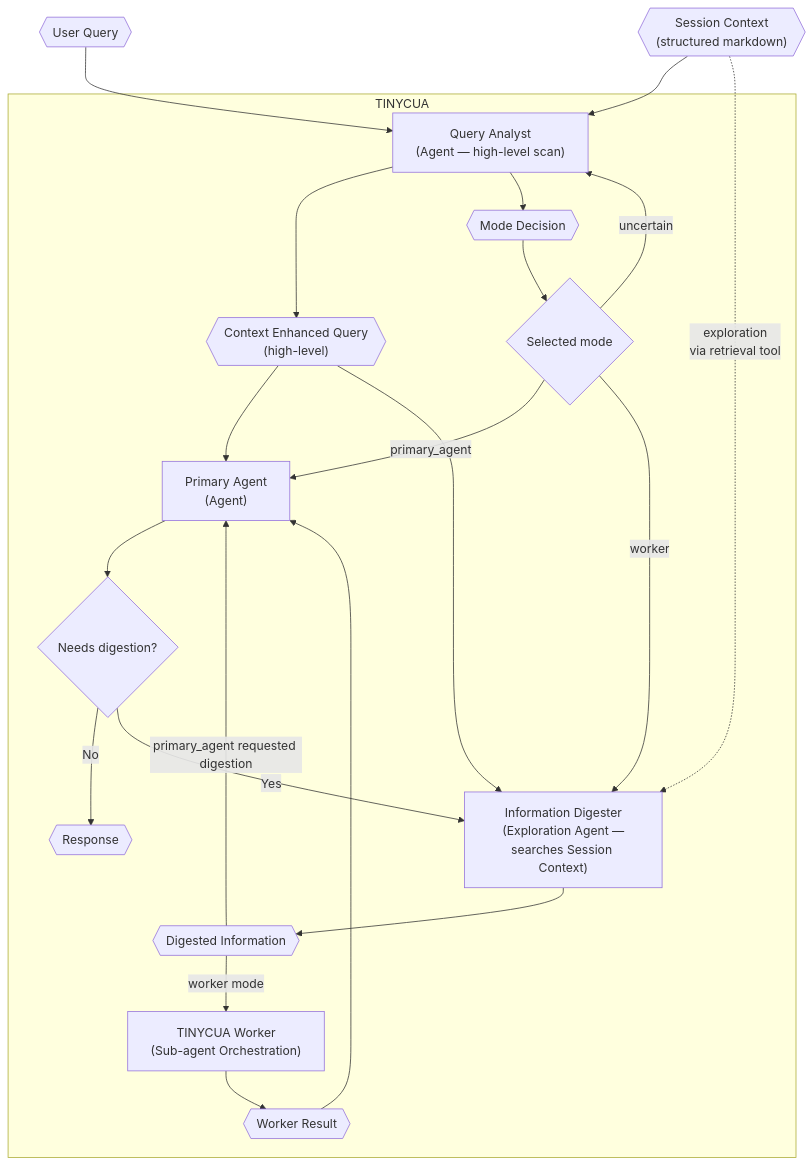
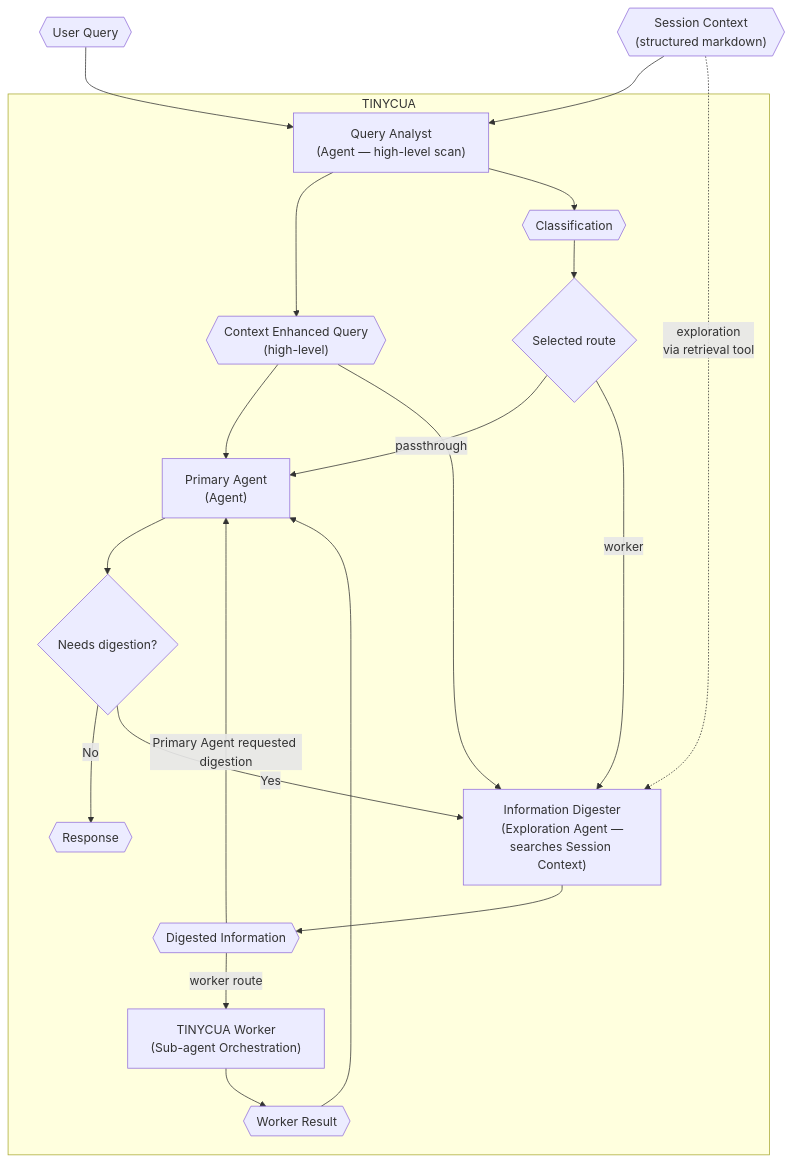
The diagram in src/tinycua/docs/architecture/overview.md (VJyzCELERY/TINYCUA), drawn with Mermaid before and after one commit. The commit also changed other lines of this file and 9 other files, not shown here.

First line of the commit message:
docs: sync architecture docs with design docs (source of truth)

````diff
--- a/src/tinycua/docs/architecture/overview.md
+++ b/src/tinycua/docs/architecture/overview.md
@@ -34,42 +37,40 @@
 ```mermaid
 flowchart TD
     subgraph TINY["TINYCUA"]
         QA["Query Analyst\n(Agent — high-level scan)"]
         CEQ{{"Context Enhanced Query\n(high-level)"}}
-        MD{{"Mode Decision"}}
-        ROUTE{"Selected mode"}
+        CLS{{"Classification"}}
+        ROUTE{"Selected route"}
         ID["Information Digester\n(Exploration Agent —\nsearches Session Context)"]
         DI{{"Digested Information"}}
         TW["TINYCUA Worker\n(Sub-agent Orchestration)"]
         WR{{"Worker Result"}}
         PA["Primary Agent\n(Agent)"]
         NEED_DIGEST{"Needs digestion?"}
         RESP{{"Response"}}
     end
 
     UQ{{"User Query"}}
     CTX{{"Session Context\n(structured markdown)"}}
 
     UQ --> QA
     CTX --> QA
     QA --> CEQ
-    QA --> MD
-    MD --> ROUTE
+    QA --> CLS
+    CLS --> ROUTE
 
-    ROUTE -->|primary_agent| PA
+    ROUTE -->|passthrough| PA
     CEQ --> PA
     PA --> NEED_DIGEST
     NEED_DIGEST -->|No| RESP
     NEED_DIGEST -->|Yes| ID
 
     ROUTE -->|worker| ID
     CEQ --> ID
     CTX -. "exploration\nvia retrieval tool" .-> ID
     ID --> DI
-    DI -->|primary_agent requested digestion| PA
-    DI -->|worker mode| TW
+    DI -->|Primary Agent requested digestion| PA
+    DI -->|worker route| TW
     TW --> WR
     WR --> PA
-
-    ROUTE -->|uncertain| QA
 ```
````
